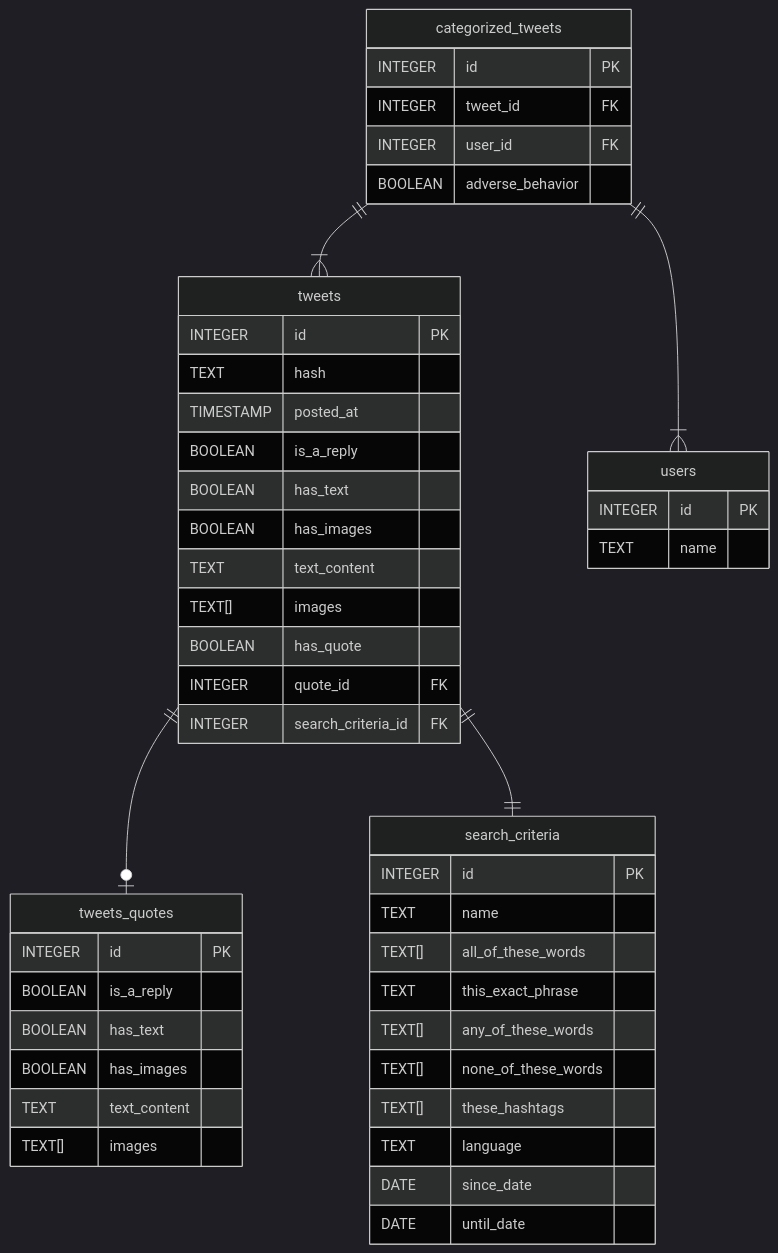
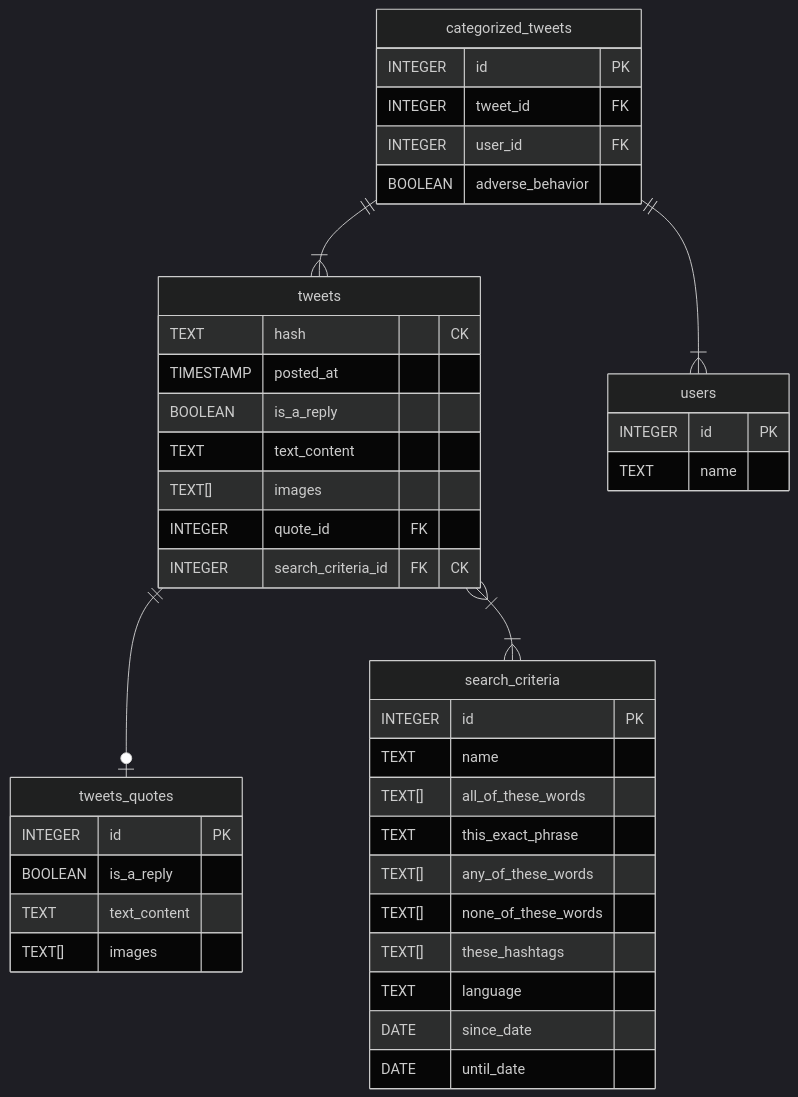
One commit to lhbelfanti/ahbcc changed the diagram in README.md. Above: the diagram before and after it, drawn with Mermaid (dark theme). The commit also changed 1 other file, not shown here.

Commit message:
⚙️ Replaced PK of the tweets table by a composed key to be able to support the relationship many to many with the search_criteria table

````diff
--- a/README.md
+++ b/README.md
@@ -37,50 +37,44 @@
 ```mermaid
 erDiagram
     tweets ||--o| tweets_quotes : ""
-    tweets ||--|| search_criteria : ""
+    tweets }|--|{ search_criteria : ""
     tweets {
-        INTEGER id PK
-        TEXT hash
+        TEXT hash "CK"
         TIMESTAMP posted_at
         BOOLEAN is_a_reply
-        BOOLEAN has_text
-        BOOLEAN has_images
         TEXT text_content
         TEXT[] images
-        BOOLEAN has_quote
         INTEGER quote_id FK
-        INTEGER search_criteria_id FK
+        INTEGER search_criteria_id FK "CK"
     }
     tweets_quotes {
         INTEGER id PK
         BOOLEAN is_a_reply
-        BOOLEAN has_text
-        BOOLEAN has_images
         TEXT text_content
         TEXT[] images
     }
     search_criteria {
         INTEGER id PK
         TEXT name
         TEXT[] all_of_these_words
         TEXT this_exact_phrase
         TEXT[] any_of_these_words
         TEXT[] none_of_these_words
         TEXT[] these_hashtags
         TEXT language
         DATE since_date
         DATE until_date
     }
     users {
         INTEGER id PK
         TEXT name
     }
     categorized_tweets ||--|{ tweets : ""
     categorized_tweets ||--|{ users : ""
     categorized_tweets {
         INTEGER id PK
         INTEGER tweet_id FK
         INTEGER user_id FK
         BOOLEAN adverse_behavior
     }
 ```
````
